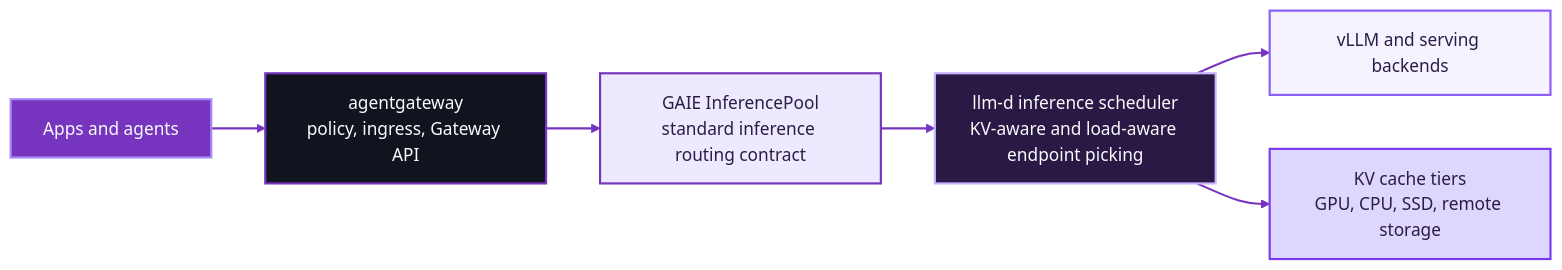
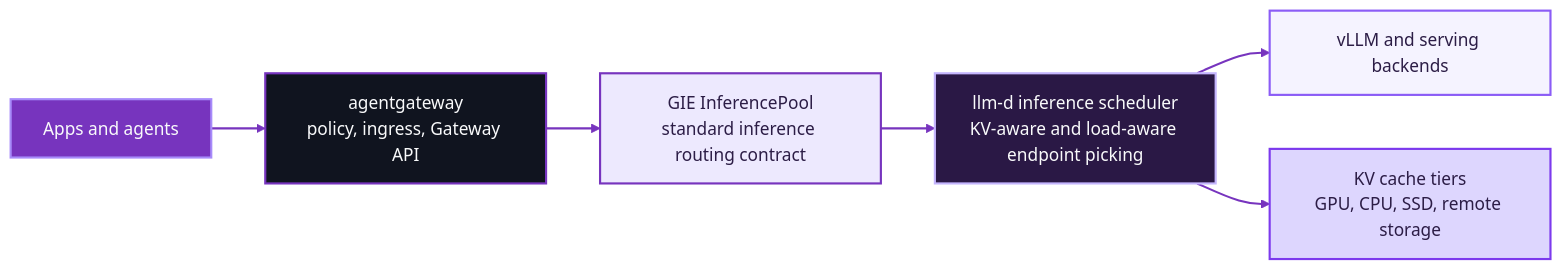
Before and after one commit to agentgateway/website: the diagram in content/blog/2026-03-19-agentgateway-llm-d-gaie-inference-serving.md, drawn with Mermaid. The commit also changed other lines of this file, not shown here.

Commit message:
Rename GAIE references to GIE

````diff
--- a/content/blog/2026-03-19-agentgateway-llm-d-gaie-inference-serving.md
+++ b/content/blog/2026-03-19-agentgateway-llm-d-gaie-inference-serving.md
@@ -42,24 +42,24 @@
 ```mermaid
 %%{init: {
   "theme": "base",
   "themeVariables": {
     "background": "#030712",
     "lineColor": "#7734be",
     "fontFamily": "ui-sans-serif"
   }
 }}%%
 flowchart LR
     A["Apps and agents"]:::entry --> B["agentgateway<br/>policy, ingress, Gateway API"]:::gateway
-    B --> C["GAIE InferencePool<br/>standard inference routing contract"]:::contract
+    B --> C["GIE InferencePool<br/>standard inference routing contract"]:::contract
     C --> D["llm-d inference scheduler<br/>KV-aware and load-aware endpoint picking"]:::scheduler
     D --> E["vLLM and serving backends"]:::backend
     D --> F["KV cache tiers<br/>GPU, CPU, SSD, remote storage"]:::cache
 
     classDef entry fill:#7734be,stroke:#a78bfa,color:#f9fafb,stroke-width:2px;
     classDef gateway fill:#10141f,stroke:#7734be,color:#f9fafb,stroke-width:2px;
     classDef contract fill:#ede9fe,stroke:#7734be,color:#2c1d46,stroke-width:2px;
     classDef scheduler fill:#2a1845,stroke:#c4b5fd,color:#f9fafb,stroke-width:2px;
     classDef backend fill:#f5f3ff,stroke:#8b5cf6,color:#2c1d46,stroke-width:2px;
     classDef cache fill:#ddd6fe,stroke:#7c3aed,color:#2c1d46,stroke-width:2px;
     linkStyle default stroke:#7734be,stroke-width:2px;
 ```
````
